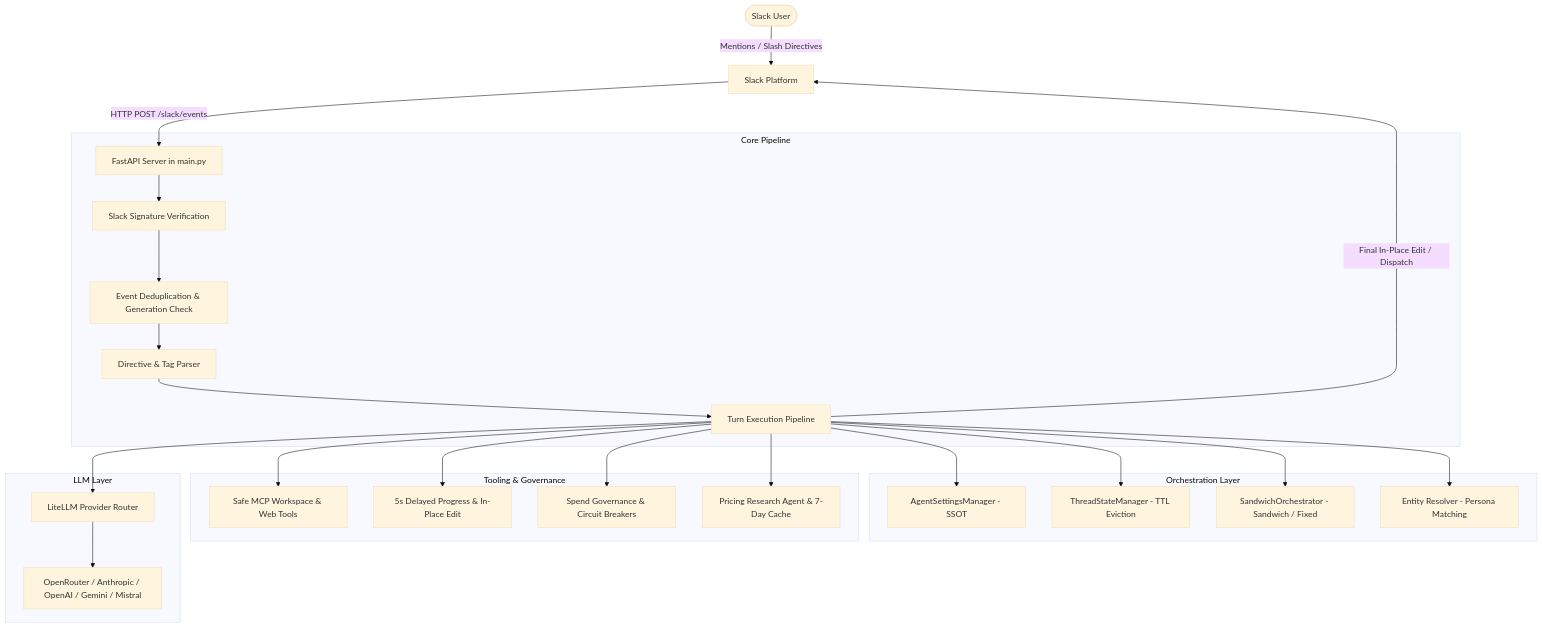
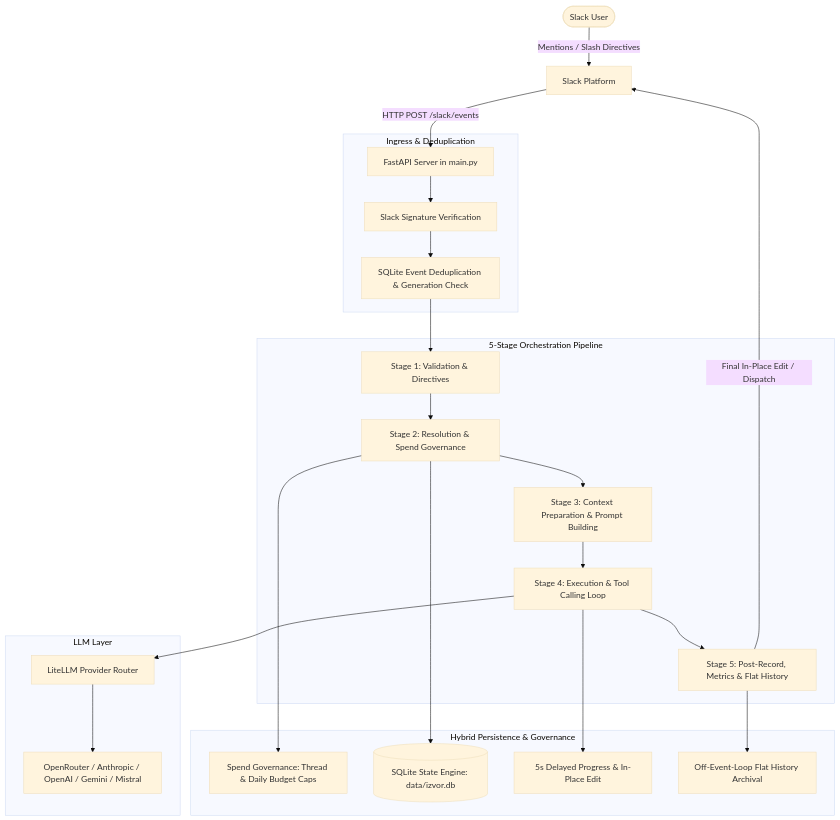
Before and after one commit to BranMik/Izvor: the diagram in docs/getting-started/overview.md, drawn with Mermaid (base theme). The commit also changed other lines of this file and 16 other files, not shown here.

First line of the commit message:
docs: comprehensive documentation audit and architecture alignment

````diff
--- a/docs/getting-started/overview.md
+++ b/docs/getting-started/overview.md
@@ -17,33 +17,32 @@
 ```mermaid
 graph TD
     User([Slack User]) -->|Mentions / Slash Directives| SlackAPI[Slack Platform]
     SlackAPI -->|HTTP POST /slack/events| FastAPIApp[FastAPI Server in main.py]
 
-    subgraph Core Pipeline
+    subgraph Ingress & Deduplication
         FastAPIApp --> Signature[Slack Signature Verification]
-        Signature --> EventDedup[Event Deduplication & Generation Check]
-        EventDedup --> DirectiveParser[Directive & Tag Parser]
-        DirectiveParser --> TurnPipeline[Turn Execution Pipeline]
+        Signature --> EventDedup[SQLite Event Deduplication & Generation Check]
     end
 
-    subgraph Orchestration Layer
-        TurnPipeline --> AgentSettings[AgentSettingsManager - SSOT]
-        TurnPipeline --> ThreadState[ThreadStateManager - TTL Eviction]
-        TurnPipeline --> Topology[SandwichOrchestrator - Sandwich / Fixed]
-        TurnPipeline --> EntityResolver[Entity Resolver - Persona Matching]
+    subgraph 5-Stage Orchestration Pipeline
+        EventDedup --> Stage1[Stage 1: Validation & Directives]
+        Stage1 --> Stage2[Stage 2: Resolution & Spend Governance]
+        Stage2 --> Stage3[Stage 3: Context Preparation & Prompt Building]
+        Stage3 --> Stage4[Stage 4: Execution & Tool Calling Loop]
+        Stage4 --> Stage5[Stage 5: Post-Record, Metrics & Flat History]
     end
 
-    subgraph Tooling & Governance
-        TurnPipeline --> MCPTools[Safe MCP Workspace & Web Tools]
-        TurnPipeline --> InPlaceStatus[5s Delayed Progress & In-Place Edit]
-        TurnPipeline --> SpendGov[Spend Governance & Circuit Breakers]
-        TurnPipeline --> PricingService[Pricing Research Agent & 7-Day Cache]
+    subgraph Hybrid Persistence & Governance
+        Stage2 --> SpendGov[Spend Governance: Thread & Daily Budget Caps]
+        Stage2 --> SQLiteDB[(SQLite State Engine: data/izvor.db)]
+        Stage4 --> InPlaceStatus[5s Delayed Progress & In-Place Edit]
+        Stage5 --> AsyncFlatHistory[Off-Event-Loop Flat History Archival]
     end
 
     subgraph LLM Layer
-        TurnPipeline --> LiteLLM[LiteLLM Provider Router]
+        Stage4 --> LiteLLM[LiteLLM Provider Router]
         LiteLLM --> Models[OpenRouter / Anthropic / OpenAI / Gemini / Mistral]
     end
 
-    TurnPipeline -->|Final In-Place Edit / Dispatch| SlackAPI
+    Stage5 -->|Final In-Place Edit / Dispatch| SlackAPI
 ```
````
